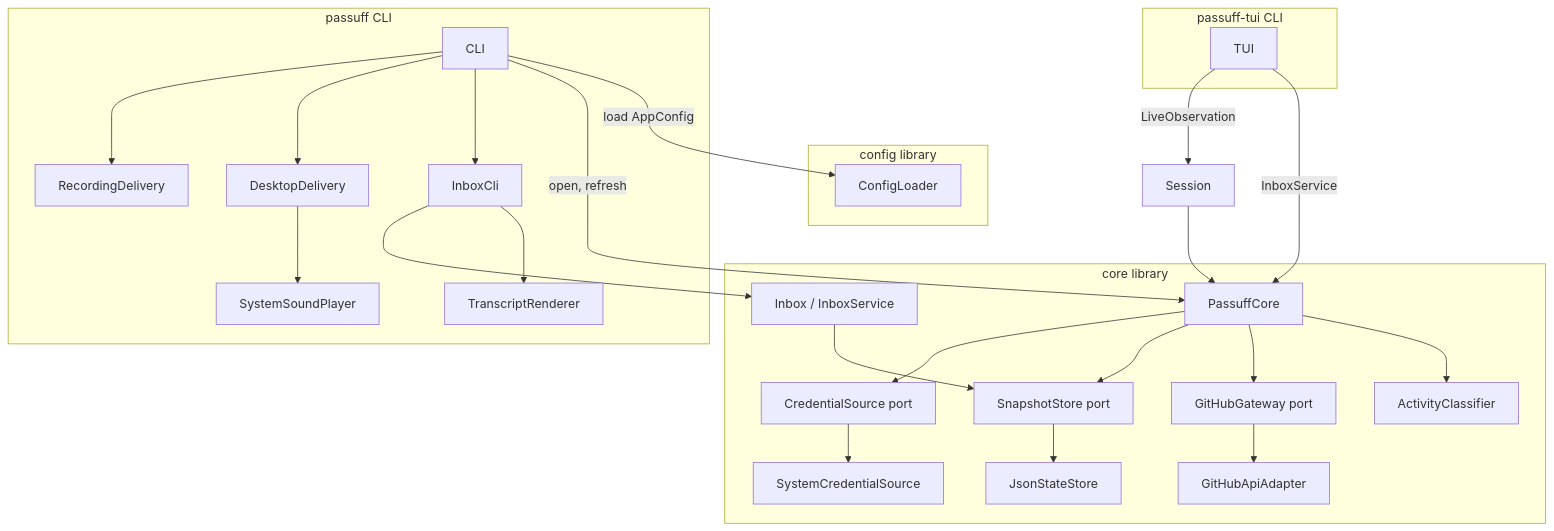
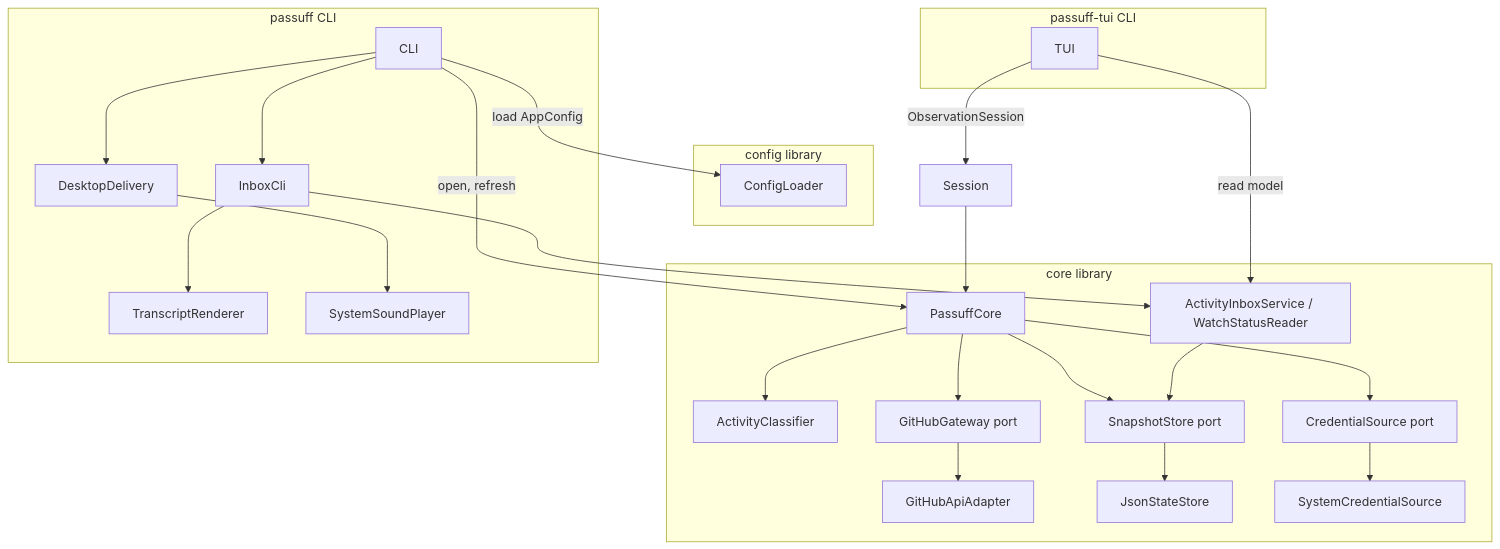
The diagram in docs/arc42/05-building-block-view.md (buster/passuff), drawn with Mermaid before and after one commit. The commit also changed other lines of this file and 86 other files, not shown here.

````diff
--- a/docs/arc42/05-building-block-view.md
+++ b/docs/arc42/05-building-block-view.md
@@ -5,51 +5,49 @@
 ```mermaid
 flowchart TB
     subgraph configBoundary["config library"]
         Config["ConfigLoader"]
     end
 
     subgraph coreBoundary["core library"]
         Core["PassuffCore"]
         Classifier["ActivityClassifier"]
         GitHubPort["GitHubGateway port"]
         GitHubAdapter["GitHubApiAdapter"]
         StatePort["SnapshotStore port"]
         JsonStore["JsonStateStore"]
         CredentialPort["CredentialSource port"]
         Credential["SystemCredentialSource"]
-        Inbox["Inbox / InboxService"]
+        Inbox["ActivityInboxService / WatchStatusReader"]
     end
 
     subgraph cliBoundary["passuff CLI"]
         CLI["CLI"]
         InboxCli["InboxCli"]
         Renderer["TranscriptRenderer"]
         Delivery["DesktopDelivery"]
-        Record["RecordingDelivery"]
         Sound["SystemSoundPlayer"]
     end
 
     subgraph tuiBoundary["passuff-tui CLI"]
         TUI["TUI"]
     end
 
     CLI -->|load AppConfig| Config
     CLI -->|open, refresh| Core
     CLI --> InboxCli
     InboxCli --> Renderer
     InboxCli --> Inbox
     Inbox --> StatePort
     CLI --> Delivery
-    CLI --> Record
     Delivery --> Sound
     Core --> Classifier
     Core --> GitHubPort
     GitHubPort --> GitHubAdapter
     Core --> StatePort
     StatePort --> JsonStore
     Core --> CredentialPort
     CredentialPort --> Credential
-    TUI -->|InboxService| Core
-    TUI -->|LiveObservation| Session
+    TUI -->|read model| Inbox
+    TUI -->|ObservationSession| Session
     Session --> Core
 ```
````
